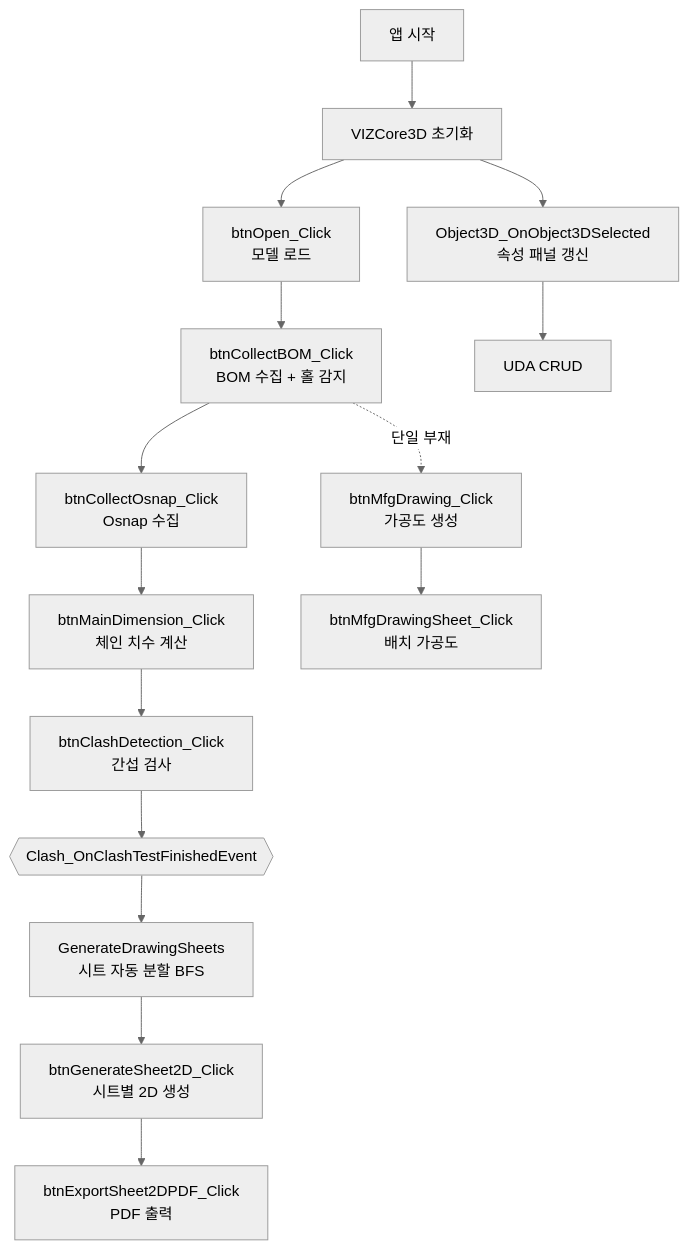
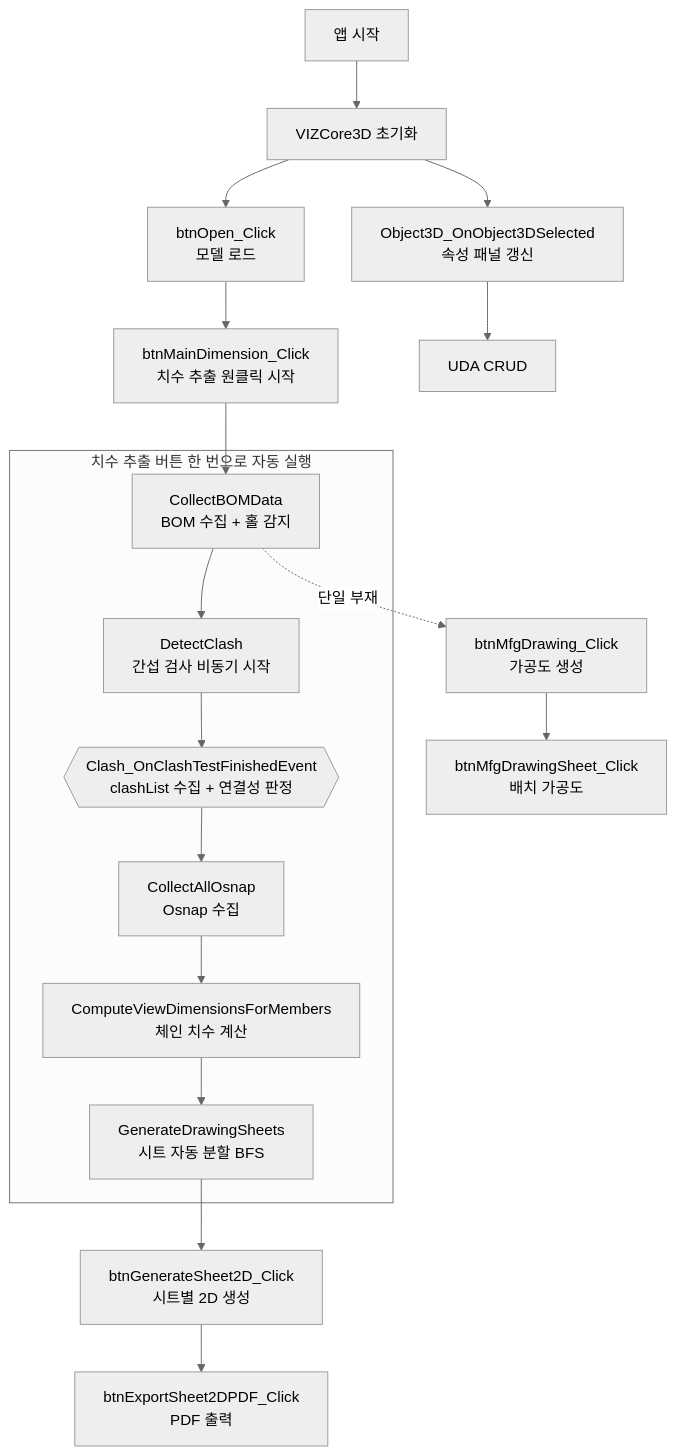
The diagram in docs/_pipeline.md (uuuuj/a2z), drawn with Mermaid (neutral theme) before and after one commit. The commit also changed other lines of this file and 3 other files, not shown here.

````diff
--- a/docs/_pipeline.md
+++ b/docs/_pipeline.md
@@ -9,19 +16,25 @@
 ```mermaid
 flowchart TD
     A[앱 시작] --> B[VIZCore3D 초기화]
     B --> C[btnOpen_Click<br/>모델 로드]
-    C --> D[btnCollectBOM_Click<br/>BOM 수집 + 홀 감지]
-    D --> E[btnCollectOsnap_Click<br/>Osnap 수집]
-    E --> F[btnMainDimension_Click<br/>체인 치수 계산]
-    F --> G[btnClashDetection_Click<br/>간섭 검사]
-    G --> H{{Clash_OnClashTestFinishedEvent}}
-    H --> I[GenerateDrawingSheets<br/>시트 자동 분할 BFS]
-    I --> J[btnGenerateSheet2D_Click<br/>시트별 2D 생성]
-    J --> K[btnExportSheet2DPDF_Click<br/>PDF 출력]
+    C --> D[btnMainDimension_Click<br/>치수 추출 원클릭 시작]
 
-    D -.단일 부재.-> M[btnMfgDrawing_Click<br/>가공도 생성]
+    subgraph AUTO[치수 추출 버튼 한 번으로 자동 실행]
+        E[CollectBOMData<br/>BOM 수집 + 홀 감지]
+        E --> F[DetectClash<br/>간섭 검사 비동기 시작]
+        F --> G{{Clash_OnClashTestFinishedEvent<br/>clashList 수집 + 연결성 판정}}
+        G --> H[CollectAllOsnap<br/>Osnap 수집]
+        H --> I[ComputeViewDimensionsForMembers<br/>체인 치수 계산]
+        I --> J[GenerateDrawingSheets<br/>시트 자동 분할 BFS]
+    end
+
+    D --> E
+    J --> K[btnGenerateSheet2D_Click<br/>시트별 2D 생성]
+    K --> L[btnExportSheet2DPDF_Click<br/>PDF 출력]
+
+    E -.단일 부재.-> M[btnMfgDrawing_Click<br/>가공도 생성]
     M --> N[btnMfgDrawingSheet_Click<br/>배치 가공도]
 
     B --> O[Object3D_OnObject3DSelected<br/>속성 패널 갱신]
     O --> P[UDA CRUD]
 ```
````
